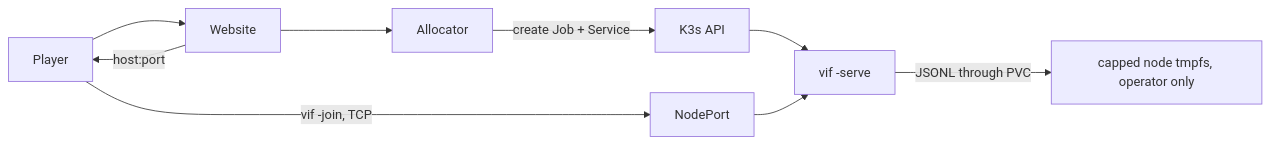
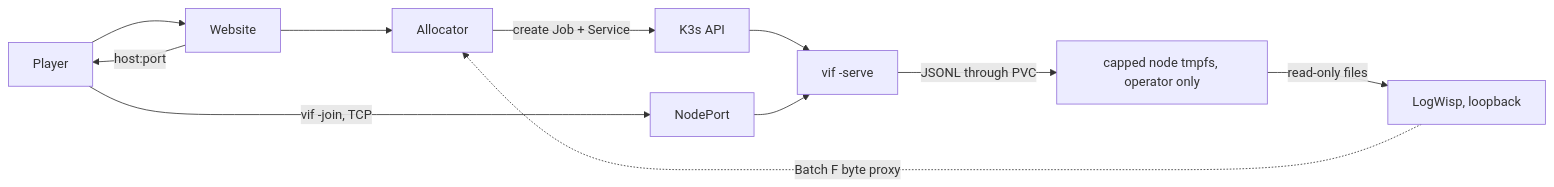
Before and after one commit to lixenwraith/vi-fighter: the diagram in doc/kubernetes-fleet.md, drawn with Mermaid. The commit also changed other lines of this file and 21 other files, not shown here.

Commit message:
Deploy allocator log proxy and update helpers

````diff
--- a/doc/kubernetes-fleet.md
+++ b/doc/kubernetes-fleet.md
@@ -39,10 +42,12 @@
 ```mermaid
 flowchart LR
     Player["Player"] --> Site["Website"]
     Site --> Alloc["Allocator"]
     Alloc -->|"create Job + Service"| API["K3s API"]
     API --> Pod["vif -serve"]
     Site -->|"host:port"| Player
     Player -->|"vif -join, TCP"| NP["NodePort"] --> Pod
     Pod -->|"JSONL through PVC"| Logs["capped node tmpfs, operator only"]
+    Logs -->|"read-only files"| Wisp["LogWisp, loopback"]
+    Wisp -.->|"Batch F byte proxy"| Alloc
 ```
````
